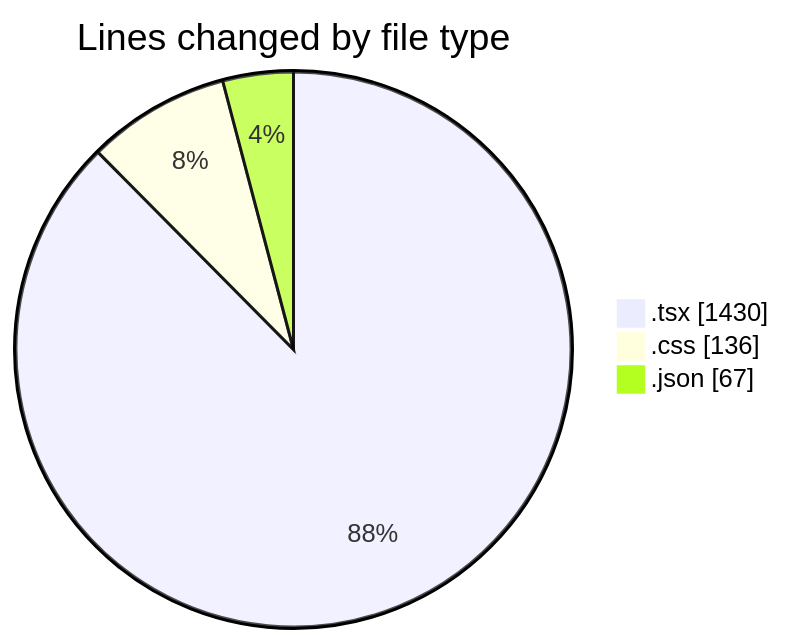
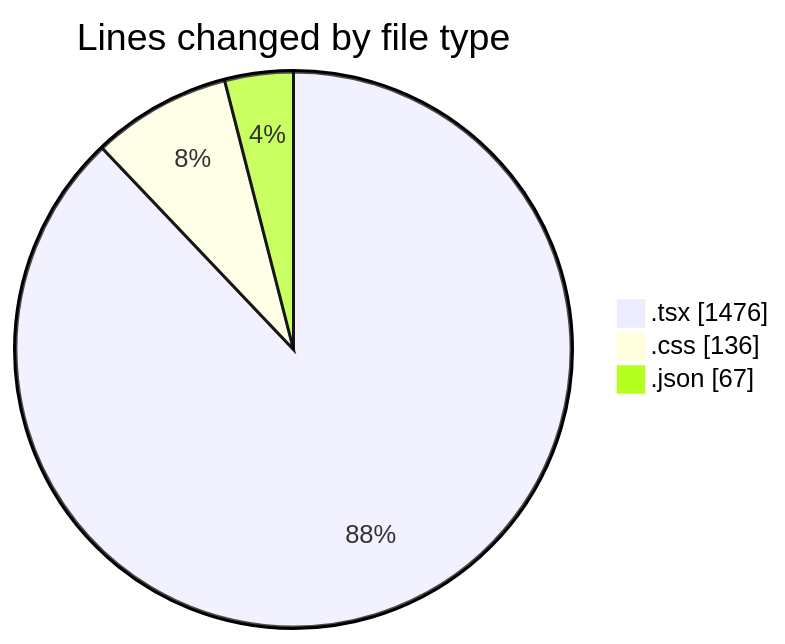
Before and after one commit to robertbonfada/code-tracking: the first of 2 diagrams in 2025-01-08/mbc-web/README.md, drawn with Mermaid. The commit also changed other lines of this file and 1 other file, not shown here.

````diff
--- a/2025-01-08/mbc-web/README.md
+++ b/2025-01-08/mbc-web/README.md
@@ -34,7 +34,7 @@
 ```mermaid
 pie showData
 title Lines changed by file type
-".tsx" : 1430
+".tsx" : 1476
 ".css" : 136
 ".json" : 67
 ```
````
